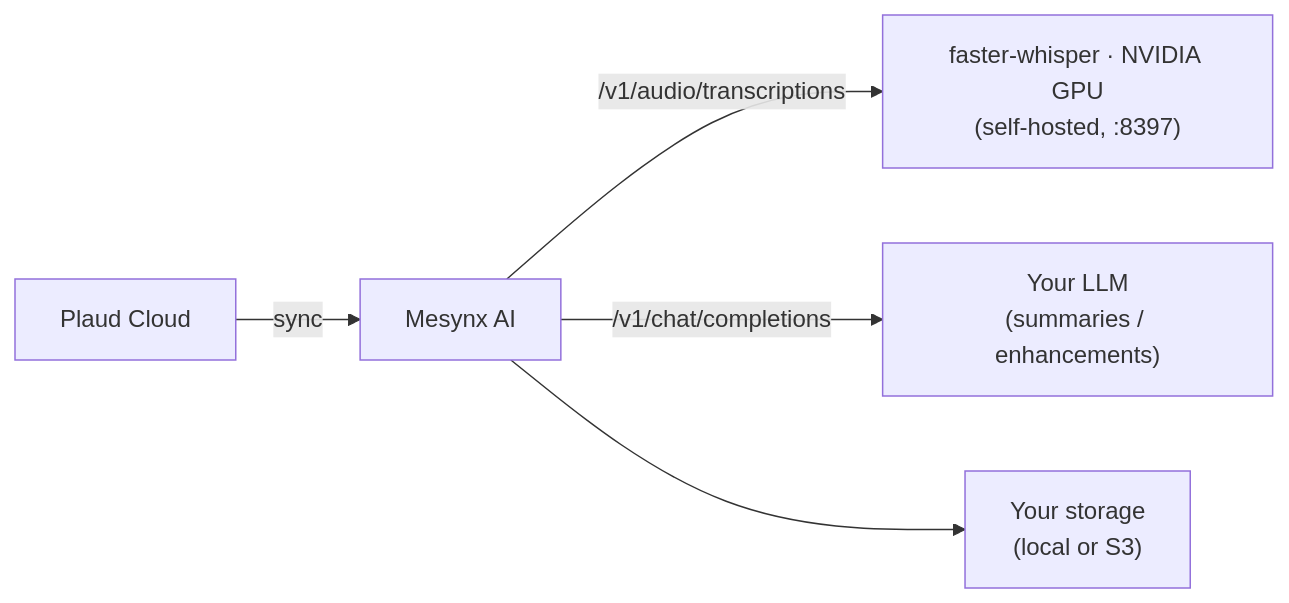
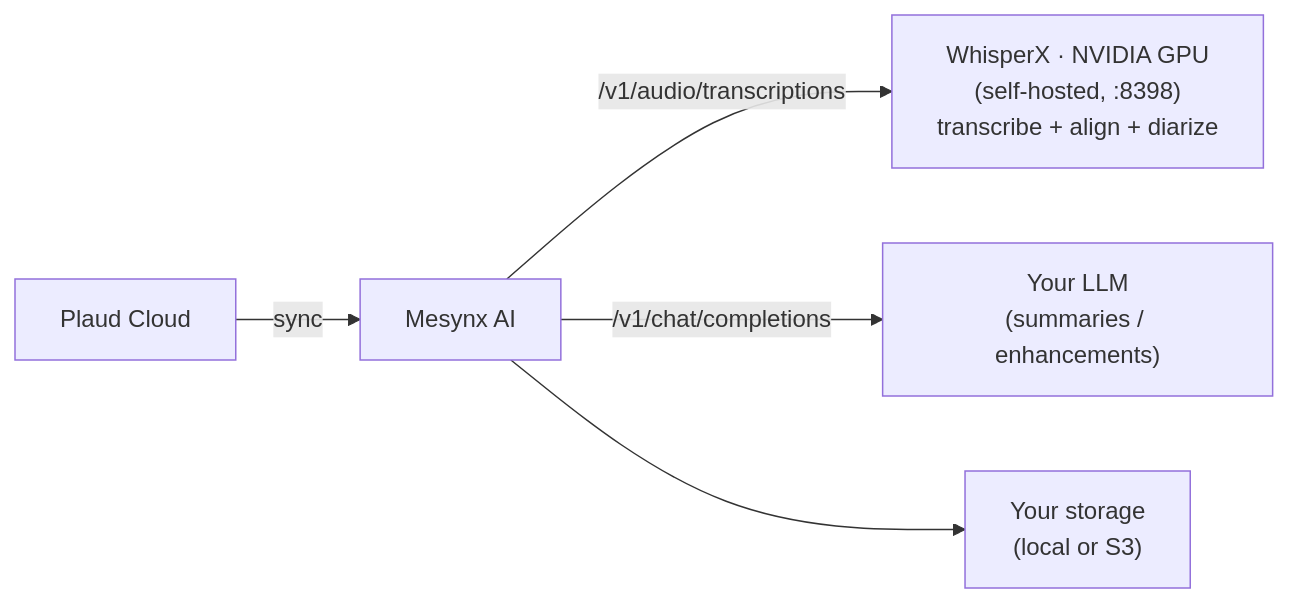
The diagram in README.md (r0073d-l053r/mesynx), drawn with Mermaid before and after one commit. The commit also changed other lines of this file and 16 other files, not shown here.

````diff
--- a/README.md
+++ b/README.md
@@ -78,7 +83,7 @@
 ```mermaid
 flowchart LR
     P["Plaud Cloud"] -->|sync| M["Mesynx AI"]
-    M -->|"/v1/audio/transcriptions"| W["faster-whisper · NVIDIA GPU<br/>(self-hosted, :8397)"]
+    M -->|"/v1/audio/transcriptions"| W["WhisperX · NVIDIA GPU<br/>(self-hosted, :8398)<br/>transcribe + align + diarize"]
     M -->|"/v1/chat/completions"| L["Your LLM<br/>(summaries / enhancements)"]
     M --> S["Your storage<br/>(local or S3)"]
 ```
````
